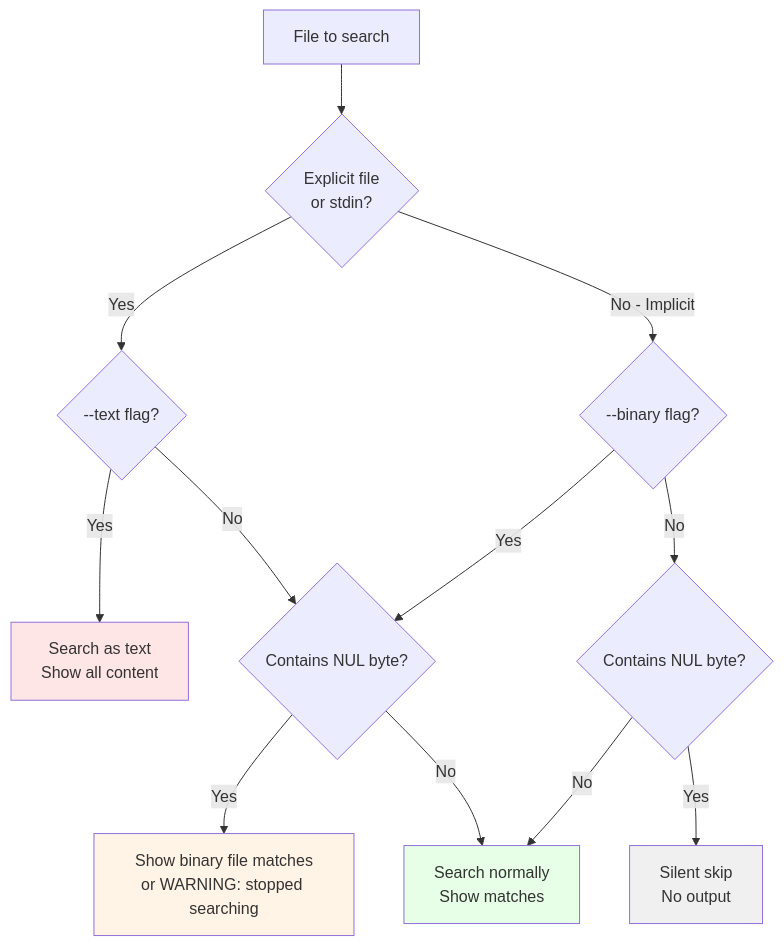
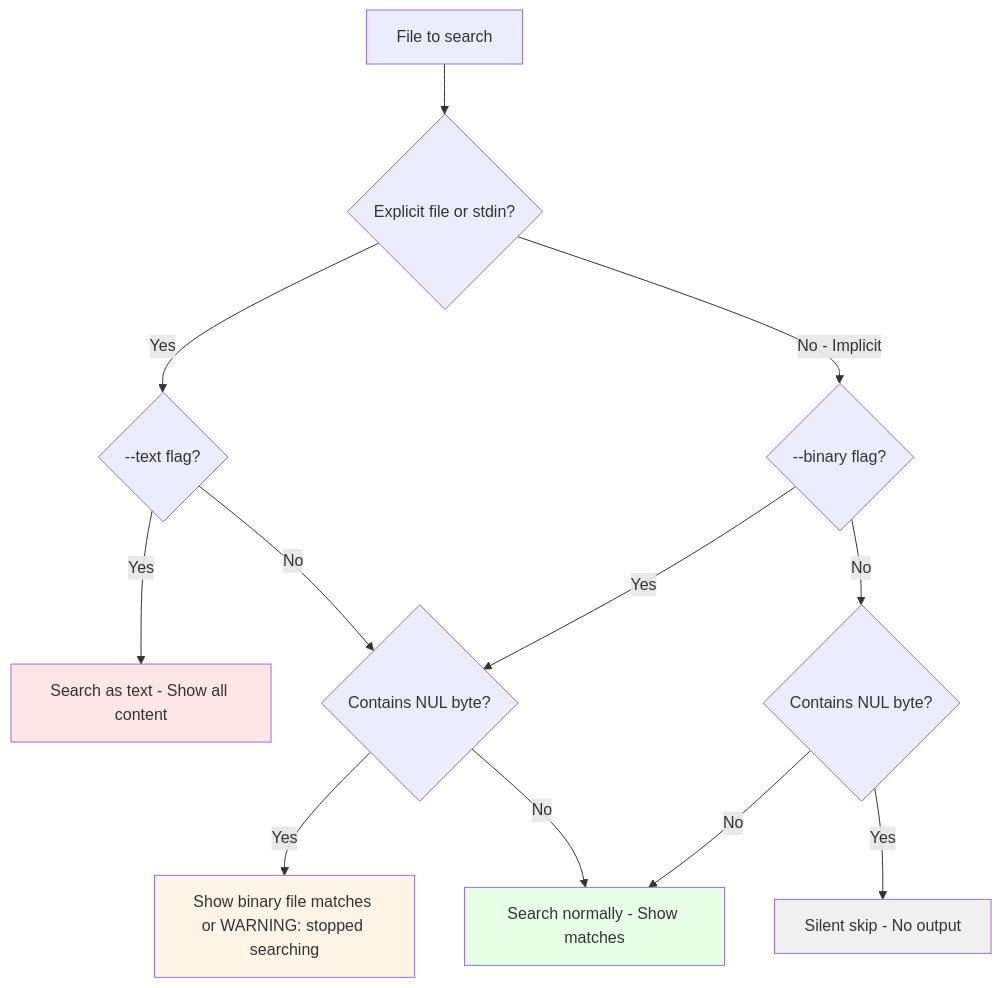
The first of 2 diagrams in docs/binary-data/examples.md (iepathos/ripgrep), drawn with Mermaid before and after one commit. The commit also changed other lines of this file, not shown here.

Commit message:
docs: improve binary-data examples page diagram labels
Fixed Mermaid diagram labels to use proper spacing instead of newline
escapes for better readability:
- Changed multi-line labels to single-line with dashes
- Improved label clarity in both flowchart and comparison diagrams

Page: docs/binary-data/examples.md

````diff
--- a/docs/binary-data/examples.md
+++ b/docs/binary-data/examples.md
@@ -27,28 +27,23 @@
 ```mermaid
 flowchart TD
-    A[File to search] --> B{"Explicit file
-or stdin?"}
+    A[File to search] --> B{"Explicit file or stdin?"}
     B -->|Yes| C{--text flag?}
     B -->|No - Implicit| D{--binary flag?}
 
-    C -->|Yes| E["Search as text
-Show all content"]
+    C -->|Yes| E["Search as text - Show all content"]
     C -->|No| F{Contains NUL byte?}
 
     D -->|Yes| F
     D -->|No| G{Contains NUL byte?}
 
-    F -->|Yes| H["Show binary file matches
-or WARNING: stopped searching"]
-    F -->|No| I["Search normally
-Show matches"]
+    F -->|Yes| H["Show binary file matches or WARNING: stopped searching"]
+    F -->|No| I["Search normally - Show matches"]
 
-    G -->|Yes| J["Silent skip
-No output"]
+    G -->|Yes| J["Silent skip - No output"]
     G -->|No| I
 
     style E fill:#ffe6e6
     style H fill:#fff4e6
     style I fill:#e6ffe6
     style J fill:#f0f0f0
 ```
````
